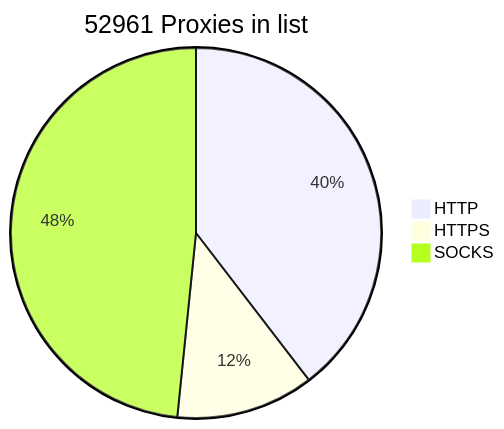
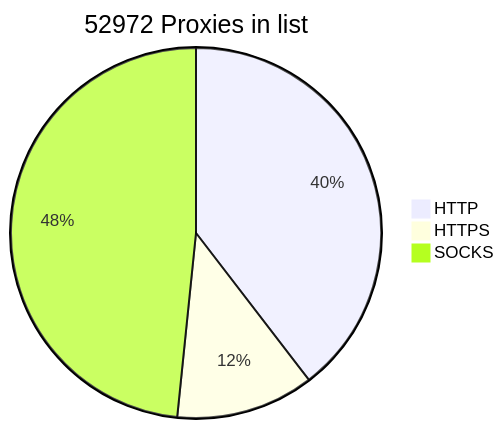
The diagram in README.md (BlackSnowDot/proxylist-update-every-minute), drawn with Mermaid before and after one commit.

````diff
--- a/README.md
+++ b/README.md
@@ -2,6 +2,6 @@
 ```mermaid
-pie title 52961 Proxies in list
-    "HTTP" : 23383
-    "HTTPS": 7112
-    "SOCKS" : 28587
+pie title 52972 Proxies in list
+    "HTTP" : 23386
+    "HTTPS": 7121
+    "SOCKS" : 28591
 ```
````
